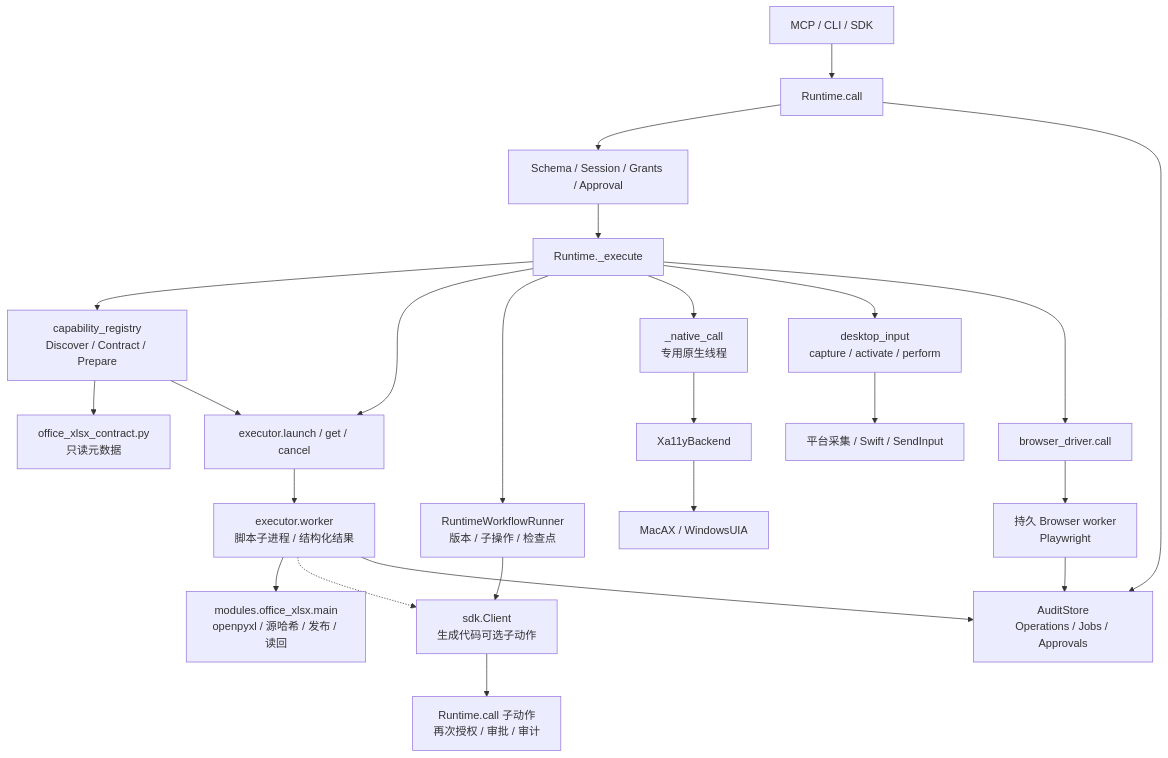
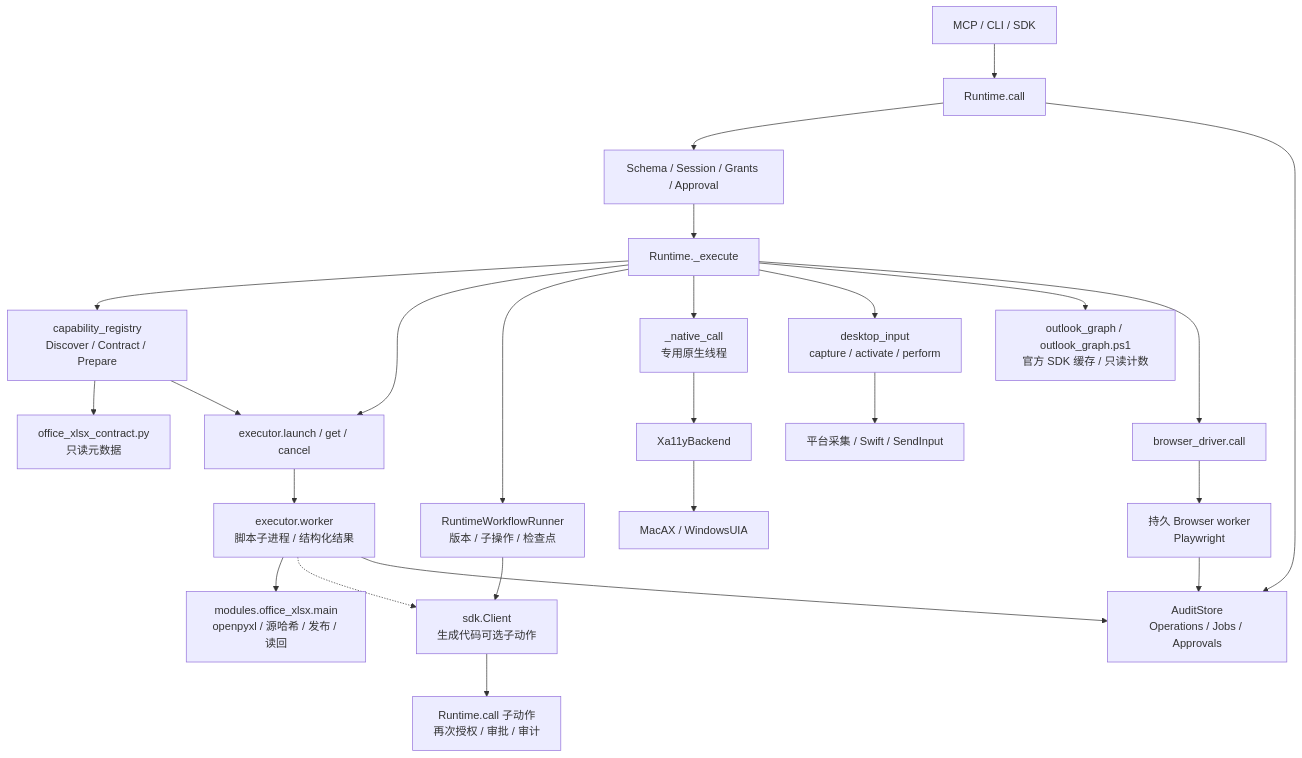
One commit to YeohsCode/Bokkio changed the diagram in wiki/summaries/module-call-map.md. Above: the diagram before and after it, drawn with Mermaid. The commit also changed other lines of this file and 61 other files, not shown here.

Commit message:
Add Outlook Graph PowerShell connection and document desktop validation

````diff
--- a/wiki/summaries/module-call-map.md
+++ b/wiki/summaries/module-call-map.md
@@ -17,26 +17,27 @@
 ```mermaid
 flowchart TB
     Entry["MCP / CLI / SDK"] --> Call["Runtime.call"]
     Call --> Check["Schema / Session / Grants / Approval"]
     Check --> Dispatch["Runtime._execute"]
     Call --> Audit["AuditStore<br/>Operations / Jobs / Approvals"]
     Dispatch --> Registry["capability_registry<br/>Discover / Contract / Prepare"]
     Registry --> Manifest["office_xlsx_contract.py<br/>只读元数据"]
     Registry --> EX["executor.launch / get / cancel"]
     Dispatch --> EX
     EX --> EW["executor.worker<br/>脚本子进程 / 结构化结果"]
     EW --> XLSX["modules.office_xlsx.main<br/>openpyxl / 源哈希 / 发布 / 读回"]
     EW -.-> SDK["sdk.Client<br/>生成代码可选子动作"]
     SDK --> Reentry["Runtime.call 子动作<br/>再次授权 / 审批 / 审计"]
     Dispatch --> WF["RuntimeWorkflowRunner<br/>版本 / 子操作 / 检查点"]
     WF --> SDK
     Dispatch --> NT["_native_call<br/>专用原生线程"]
     NT --> XA["Xa11yBackend"]
     XA --> OS["MacAX / WindowsUIA"]
     Dispatch --> Input["desktop_input<br/>capture / activate / perform"]
     Input --> Capture["平台采集 / Swift / SendInput"]
+    Dispatch --> GraphPS["outlook_graph / outlook_graph.ps1<br/>官方 SDK 缓存 / 只读计数"]
     Dispatch --> BC["browser_driver.call"]
     BC --> BW["持久 Browser worker<br/>Playwright"]
     EW --> Audit
     BW --> Audit
 ```
````
